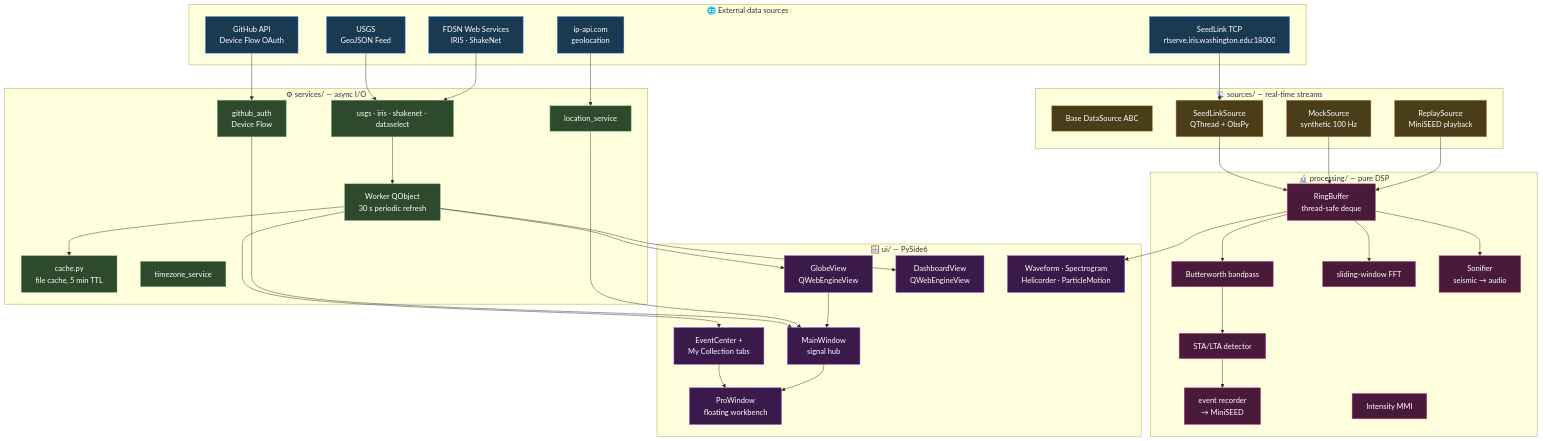
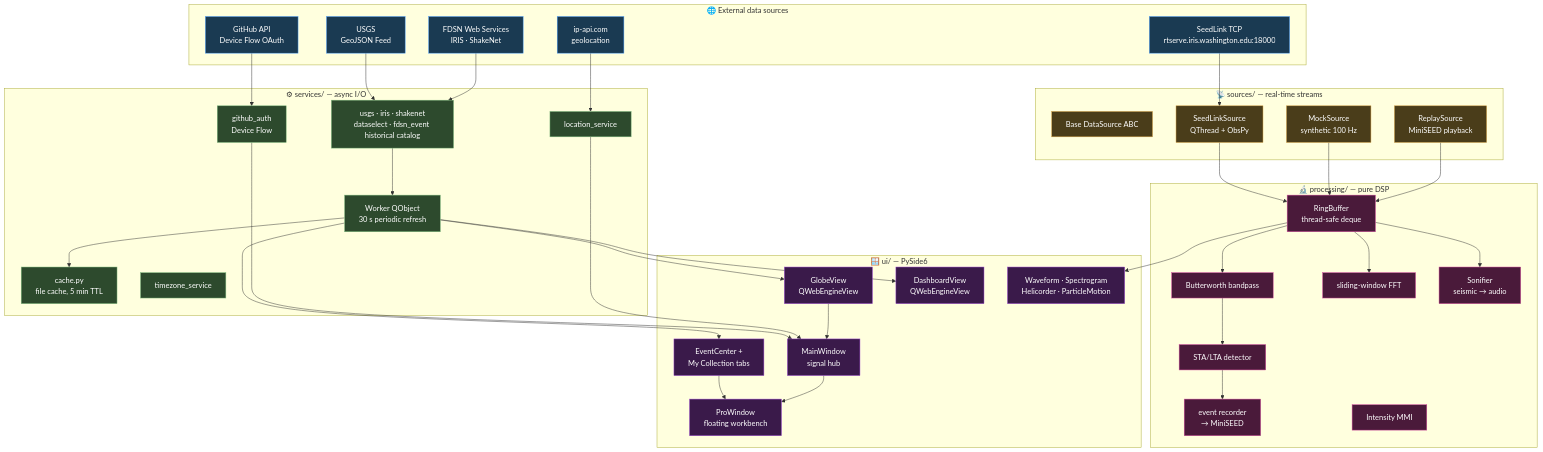
The first of 5 diagrams in README.en.md (yiaogit/seismic-shakevision), drawn with Mermaid before and after one commit. The commit also changed other lines of this file and 86 other files, not shown here.

````diff
--- a/README.en.md
+++ b/README.en.md
@@ -226,77 +236,77 @@
 ```mermaid
 graph TB
     subgraph external[" 🌐 External data sources"]
         USGS[USGS<br/>GeoJSON Feed]
         FDSN[FDSN Web Services<br/>IRIS · ShakeNet]
         SL[SeedLink TCP<br/>rtserve.iris.washington.edu:18000]
         GH[GitHub API<br/>Device Flow OAuth]
         IP[ip-api.com<br/>geolocation]
     end
 
     subgraph services[" ⚙ services/ — async I/O"]
         Worker[Worker QObject<br/>30 s periodic refresh]
-        Clients[usgs · iris · shakenet · dataselect]
+        Clients[usgs · iris · shakenet<br/>dataselect · fdsn_event historical catalog]
         Cache[cache.py<br/>file cache, 5 min TTL]
         Auth[github_auth<br/>Device Flow]
         TZ[timezone_service]
         Loc[location_service]
     end
 
     subgraph sources[" 📡 sources/ — real-time streams"]
         Base[Base DataSource ABC]
         Seedlink[SeedLinkSource<br/>QThread + ObsPy]
         Replay[ReplaySource<br/>MiniSEED playback]
         Mock[MockSource<br/>synthetic 100 Hz]
     end
 
     subgraph proc[" 🔬 processing/ — pure DSP"]
         Buffer[RingBuffer<br/>thread-safe deque]
         Filter[Butterworth bandpass]
         Detect[STA/LTA detector]
         Spec[sliding-window FFT]
         Rec[event recorder<br/>→ MiniSEED]
         Son[Sonifier<br/>seismic → audio]
         Int[Intensity MMI]
     end
 
     subgraph ui[" 🪟 ui/ — PySide6"]
         Main[MainWindow<br/>signal hub]
         Globe[GlobeView<br/>QWebEngineView]
         Dash[DashboardView<br/>QWebEngineView]
         Pro[ProWindow<br/>floating workbench]
         Events[EventCenter +<br/>My Collection tabs]
         Widgets[Waveform · Spectrogram<br/>Helicorder · ParticleMotion]
     end
 
     USGS --> Clients --> Worker
     FDSN --> Clients
     Worker --> Cache
     Worker --> Globe
     Worker --> Dash
     Worker --> Events
     Events --> Pro
 
     SL --> Seedlink --> Buffer
     Mock --> Buffer
     Replay --> Buffer
 
     Buffer --> Filter --> Detect --> Rec
     Buffer --> Spec
     Buffer --> Son
     Buffer --> Widgets
 
     GH --> Auth --> Main
     IP --> Loc --> Main
     Globe --> Main --> Pro
 
     classDef ext fill:#1a3a52,stroke:#4a9eff,color:#fff
     classDef svc fill:#2d4a2d,stroke:#7fbb7f,color:#fff
     classDef src fill:#4a3d1a,stroke:#d4a043,color:#fff
     classDef ds fill:#4a1a3a,stroke:#d44a9e,color:#fff
     classDef uic fill:#3a1a4a,stroke:#9e4ad4,color:#fff
     class USGS,FDSN,SL,GH,IP ext
     class Worker,Clients,Cache,Auth,TZ,Loc svc
     class Base,Seedlink,Replay,Mock src
     class Buffer,Filter,Detect,Spec,Rec,Son,Int ds
     class Main,Globe,Dash,Pro,Events,Widgets uic
 ```
````
